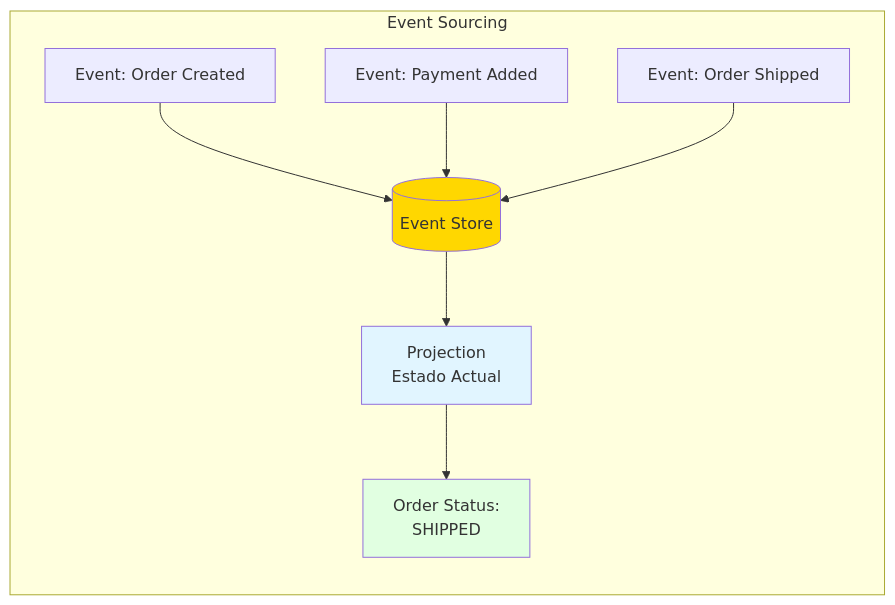
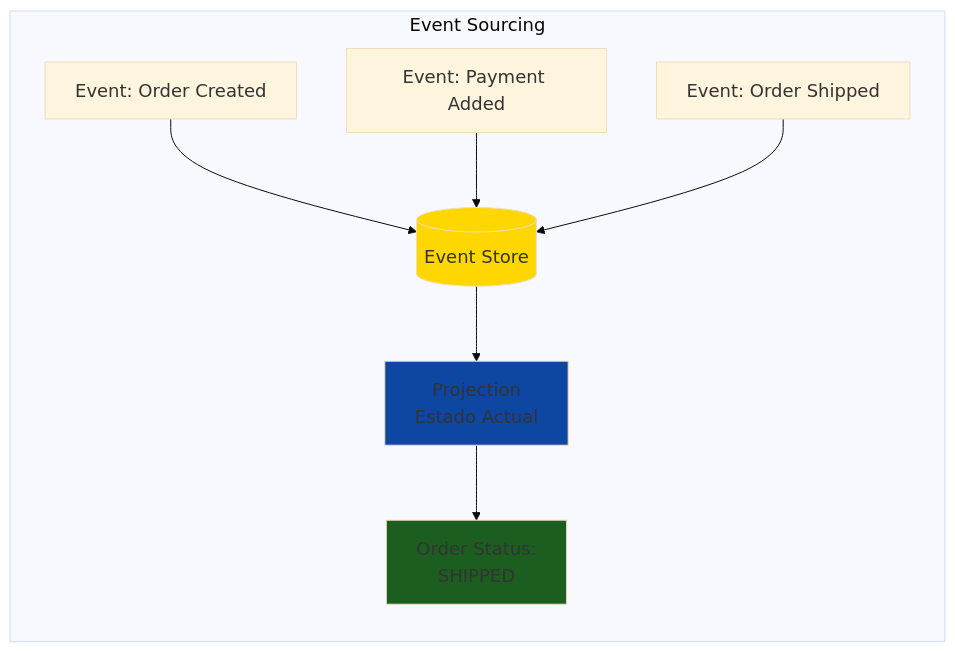
One commit to Ai-Whisperers/Courses-Content changed diagram 16 of 20 in courses/🟡-development/FPUNA-2026/01-DESARROLLO-SOFTWARE/05-diseno-sistemas.md. Above: the diagram before and after it, drawn with Mermaid. The commit also changed other lines of this file and 47 other files, not shown here.

First line of the commit message:
fix: Make all 473 diagrams WCAG AAA accessible (FPUNA-2026)

````diff
--- a/courses/🟡-development/FPUNA-2026/01-DESARROLLO-SOFTWARE/05-diseno-sistemas.md
+++ b/courses/🟡-development/FPUNA-2026/01-DESARROLLO-SOFTWARE/05-diseno-sistemas.md
@@ -749,15 +764,16 @@
 ```mermaid
+%%{init: {'theme':'base', 'themeVariables': {'fontSize':'18px'}}}%%
 graph LR
     subgraph "Event Sourcing"
         E1[Event: Order Created] --> ES[(Event Store)]
         E2[Event: Payment Added] --> ES
         E3[Event: Order Shipped] --> ES
         
         ES --> P[Projection<br/>Estado Actual]
         P --> S[Order Status:<br/>SHIPPED]
     end
     
     style ES fill:#FFD700
-    style P fill:#E1F5FF
-    style S fill:#E1FFE1
+    style P fill:#0d47a1
+    style S fill:#1b5e20
 ```
````
